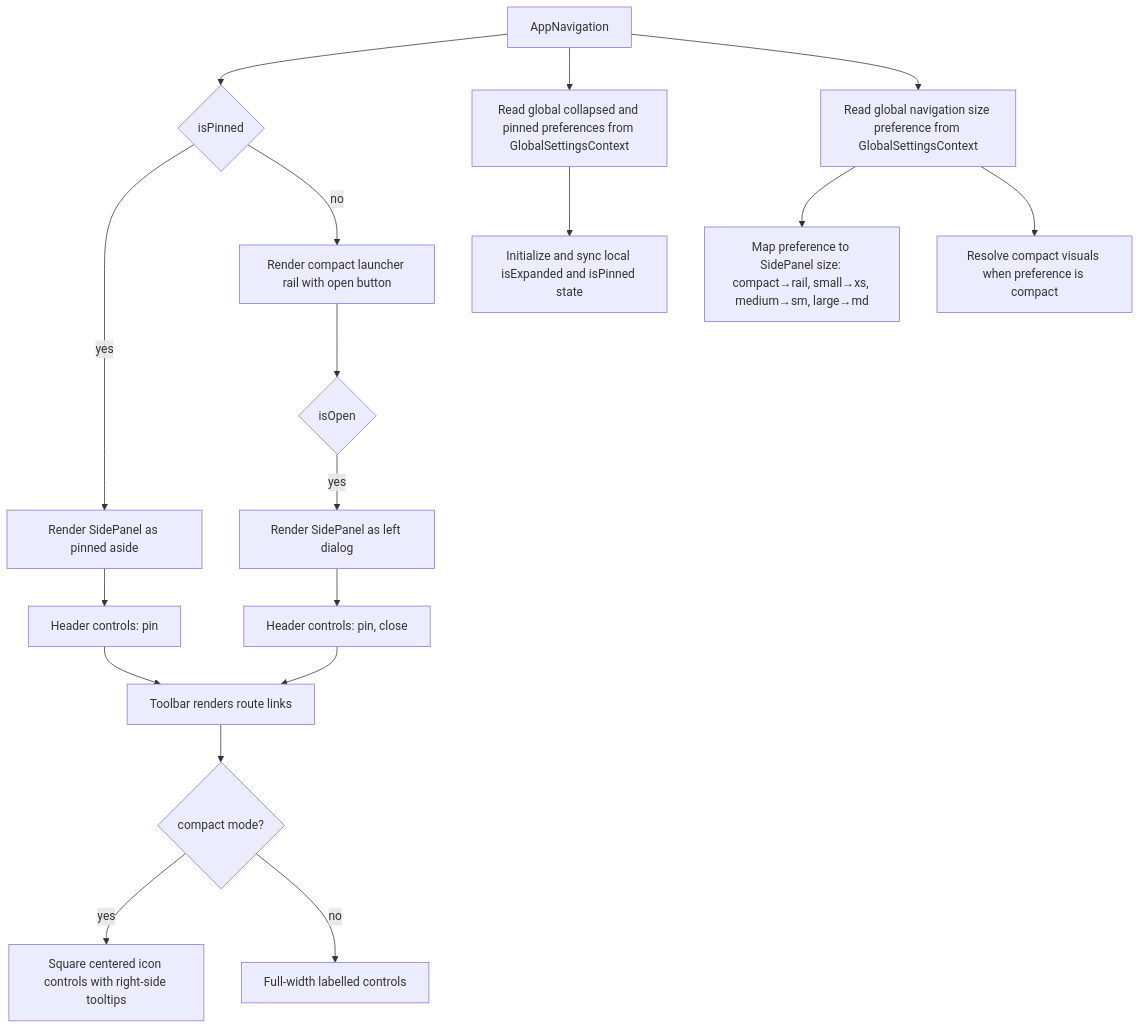
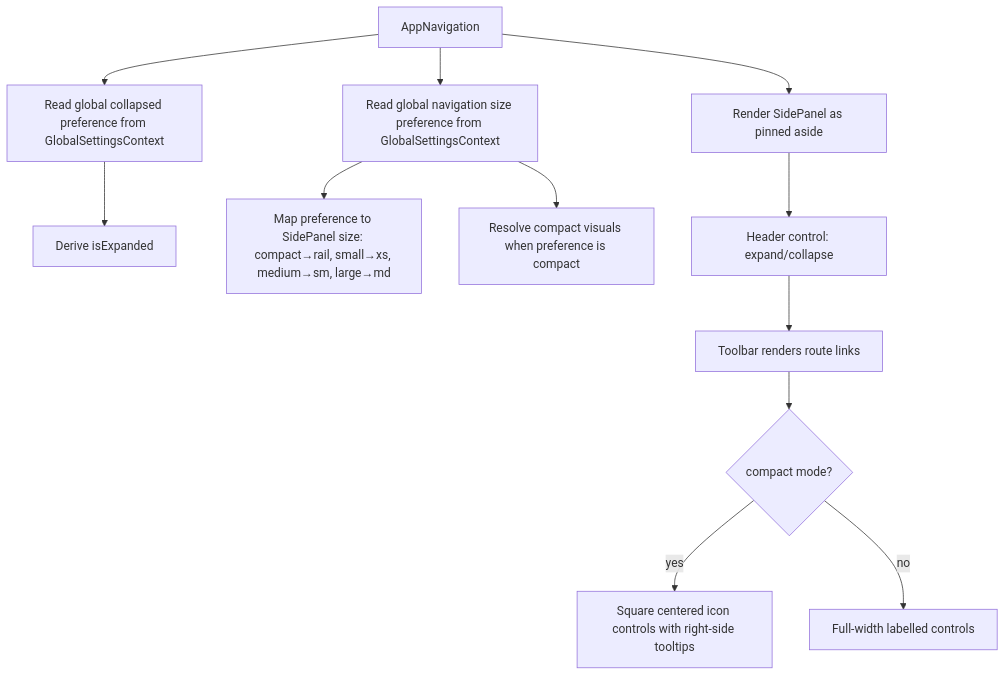
The second of 2 diagrams in packages/ui/src/components/AppNavigation/ARCHITECTURE.md (luciocabrera/lcabrera-stack), drawn with Mermaid before and after one commit. The commit also changed other lines of this file and 45 other files, not shown here.

````diff
--- a/packages/ui/src/components/AppNavigation/ARCHITECTURE.md
+++ b/packages/ui/src/components/AppNavigation/ARCHITECTURE.md
@@ -71,20 +75,14 @@
 ```mermaid
 graph TD
-  A[AppNavigation] --> B{isPinned}
-  B -->|yes| C[Render SidePanel as pinned aside]
-  B -->|no| D[Render compact launcher rail with open button]
-  D --> E{isOpen}
-  E -->|yes| F[Render SidePanel as left dialog]
-  A --> P[Read global collapsed and pinned preferences from GlobalSettingsContext]
-  P --> Q[Initialize and sync local isExpanded and isPinned state]
+  A[AppNavigation] --> C[Render SidePanel as pinned aside]
+  A --> P[Read global collapsed preference from GlobalSettingsContext]
+  P --> Q[Derive isExpanded]
   A --> M[Read global navigation size preference from GlobalSettingsContext]
   M --> N[Map preference to SidePanel size: compact→rail, small→xs, medium→sm, large→md]
   M --> O[Resolve compact visuals when preference is compact]
-  C --> G[Header controls: pin]
-  F --> H[Header controls: pin, close]
+  C --> G[Header control: expand/collapse]
   G --> I[Toolbar renders route links]
-  H --> I
   I --> J{compact mode?}
   J -->|yes| K[Square centered icon controls with right-side tooltips]
   J -->|no| L[Full-width labelled controls]
 ```
````
